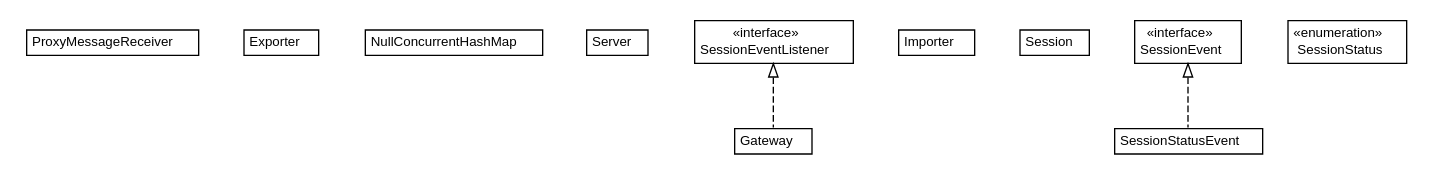
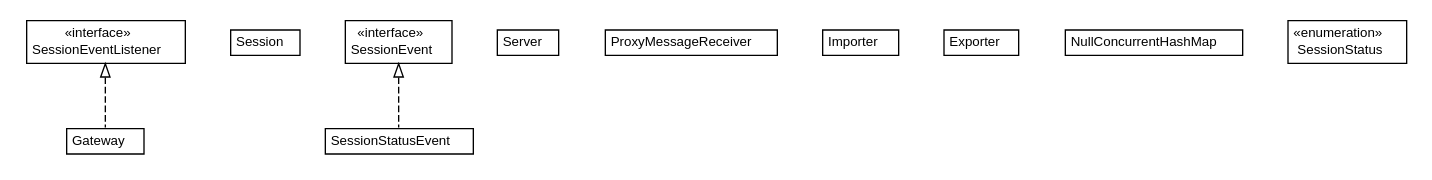
One commit to universAAL/remote changed the diagram in ri.pom/apidocs/org/universAAL/ri/gateway/org.universAAL.ri.gateway.dot. Above: the diagram before and after it, drawn with Graphviz. The commit also changed 1156 other files, not shown here.

```diff
--- a/ri.pom/apidocs/org/universAAL/ri/gateway/org.universAAL.ri.gateway.dot
+++ b/ri.pom/apidocs/org/universAAL/ri/gateway/org.universAAL.ri.gateway.dot
@@ -1,85 +1,85 @@
 #!/usr/local/bin/dot
 #
 # Class diagram 
 # Generated by UMLGraph version R5_6-24-gf6e263 (http://www.umlgraph.org/)
 #
 
 digraph G {
 	edge [fontname="Helvetica",fontsize=10,labelfontname="Helvetica",labelfontsize=10];
 	node [fontname="Helvetica",fontsize=10,shape=plaintext];
 	nodesep=0.25;
 	ranksep=0.5;
-	// org.universAAL.ri.gateway.ProxyMessageReceiver
-	c1582 [label=<<table title="org.universAAL.ri.gateway.ProxyMessageReceiver" border="0" cellborder="1" cellspacing="0" cellpadding="2" port="p" href="./ProxyMessageReceiver.html">
-		<tr><td><table border="0" cellspacing="0" cellpadding="1">
-<tr><td align="center" balign="center"> ProxyMessageReceiver </td></tr>
-		</table></td></tr>
-		</table>>, URL="./ProxyMessageReceiver.html", fontname="Helvetica", fontcolor="black", fontsize=10.0];
-	// org.universAAL.ri.gateway.Exporter
-	c1583 [label=<<table title="org.universAAL.ri.gateway.Exporter" border="0" cellborder="1" cellspacing="0" cellpadding="2" port="p" href="./Exporter.html">
-		<tr><td><table border="0" cellspacing="0" cellpadding="1">
-<tr><td align="center" balign="center"> Exporter </td></tr>
-		</table></td></tr>
-		</table>>, URL="./Exporter.html", fontname="Helvetica", fontcolor="black", fontsize=10.0];
-	// org.universAAL.ri.gateway.Exporter.NullConcurrentHashMap
-	c1584 [label=<<table title="org.universAAL.ri.gateway.Exporter.NullConcurrentHashMap" border="0" cellborder="1" cellspacing="0" cellpadding="2" port="p" href="./Exporter.NullConcurrentHashMap.html">
-		<tr><td><table border="0" cellspacing="0" cellpadding="1">
-<tr><td align="center" balign="center"> NullConcurrentHashMap </td></tr>
-		</table></td></tr>
-		</table>>, URL="./Exporter.NullConcurrentHashMap.html", fontname="Helvetica", fontcolor="black", fontsize=10.0];
-	// org.universAAL.ri.gateway.Server
-	c1585 [label=<<table title="org.universAAL.ri.gateway.Server" border="0" cellborder="1" cellspacing="0" cellpadding="2" port="p" href="./Server.html">
-		<tr><td><table border="0" cellspacing="0" cellpadding="1">
-<tr><td align="center" balign="center"> Server </td></tr>
-		</table></td></tr>
-		</table>>, URL="./Server.html", fontname="Helvetica", fontcolor="black", fontsize=10.0];
-	// org.universAAL.ri.gateway.Gateway
-	c1586 [label=<<table title="org.universAAL.ri.gateway.Gateway" border="0" cellborder="1" cellspacing="0" cellpadding="2" port="p" href="./Gateway.html">
-		<tr><td><table border="0" cellspacing="0" cellpadding="1">
-<tr><td align="center" balign="center"> Gateway </td></tr>
-		</table></td></tr>
-		</table>>, URL="./Gateway.html", fontname="Helvetica", fontcolor="black", fontsize=10.0];
 	// org.universAAL.ri.gateway.SessionEventListener
-	c1587 [label=<<table title="org.universAAL.ri.gateway.SessionEventListener" border="0" cellborder="1" cellspacing="0" cellpadding="2" port="p" href="./SessionEventListener.html">
+	c1582 [label=<<table title="org.universAAL.ri.gateway.SessionEventListener" border="0" cellborder="1" cellspacing="0" cellpadding="2" port="p" href="./SessionEventListener.html">
 		<tr><td><table border="0" cellspacing="0" cellpadding="1">
 <tr><td align="center" balign="center"> &#171;interface&#187; </td></tr>
 <tr><td align="center" balign="center"> SessionEventListener </td></tr>
 		</table></td></tr>
 		</table>>, URL="./SessionEventListener.html", fontname="Helvetica", fontcolor="black", fontsize=10.0];
+	// org.universAAL.ri.gateway.Session
+	c1583 [label=<<table title="org.universAAL.ri.gateway.Session" border="0" cellborder="1" cellspacing="0" cellpadding="2" port="p" href="./Session.html">
+		<tr><td><table border="0" cellspacing="0" cellpadding="1">
+<tr><td align="center" balign="center"> Session </td></tr>
+		</table></td></tr>
+		</table>>, URL="./Session.html", fontname="Helvetica", fontcolor="black", fontsize=10.0];
+	// org.universAAL.ri.gateway.Session.SessionStatusEvent
+	c1584 [label=<<table title="org.universAAL.ri.gateway.Session.SessionStatusEvent" border="0" cellborder="1" cellspacing="0" cellpadding="2" port="p" href="./Session.SessionStatusEvent.html">
+		<tr><td><table border="0" cellspacing="0" cellpadding="1">
+<tr><td align="center" balign="center"> SessionStatusEvent </td></tr>
+		</table></td></tr>
+		</table>>, URL="./Session.SessionStatusEvent.html", fontname="Helvetica", fontcolor="black", fontsize=10.0];
+	// org.universAAL.ri.gateway.Gateway
+	c1585 [label=<<table title="org.universAAL.ri.gateway.Gateway" border="0" cellborder="1" cellspacing="0" cellpadding="2" port="p" href="./Gateway.html">
+		<tr><td><table border="0" cellspacing="0" cellpadding="1">
+<tr><td align="center" balign="center"> Gateway </td></tr>
+		</table></td></tr>
+		</table>>, URL="./Gateway.html", fontname="Helvetica", fontcolor="black", fontsize=10.0];
+	// org.universAAL.ri.gateway.Server
+	c1586 [label=<<table title="org.universAAL.ri.gateway.Server" border="0" cellborder="1" cellspacing="0" cellpadding="2" port="p" href="./Server.html">
+		<tr><td><table border="0" cellspacing="0" cellpadding="1">
+<tr><td align="center" balign="center"> Server </td></tr>
+		</table></td></tr>
+		</table>>, URL="./Server.html", fontname="Helvetica", fontcolor="black", fontsize=10.0];
+	// org.universAAL.ri.gateway.ProxyMessageReceiver
+	c1587 [label=<<table title="org.universAAL.ri.gateway.ProxyMessageReceiver" border="0" cellborder="1" cellspacing="0" cellpadding="2" port="p" href="./ProxyMessageReceiver.html">
+		<tr><td><table border="0" cellspacing="0" cellpadding="1">
+<tr><td align="center" balign="center"> ProxyMessageReceiver </td></tr>
+		</table></td></tr>
+		</table>>, URL="./ProxyMessageReceiver.html", fontname="Helvetica", fontcolor="black", fontsize=10.0];
 	// org.universAAL.ri.gateway.Importer
 	c1588 [label=<<table title="org.universAAL.ri.gateway.Importer" border="0" cellborder="1" cellspacing="0" cellpadding="2" port="p" href="./Importer.html">
 		<tr><td><table border="0" cellspacing="0" cellpadding="1">
 <tr><td align="center" balign="center"> Importer </td></tr>
 		</table></td></tr>
 		</table>>, URL="./Importer.html", fontname="Helvetica", fontcolor="black", fontsize=10.0];
-	// org.universAAL.ri.gateway.Session
-	c1589 [label=<<table title="org.universAAL.ri.gateway.Session" border="0" cellborder="1" cellspacing="0" cellpadding="2" port="p" href="./Session.html">
+	// org.universAAL.ri.gateway.Exporter
+	c1589 [label=<<table title="org.universAAL.ri.gateway.Exporter" border="0" cellborder="1" cellspacing="0" cellpadding="2" port="p" href="./Exporter.html">
 		<tr><td><table border="0" cellspacing="0" cellpadding="1">
-<tr><td align="center" balign="center"> Session </td></tr>
+<tr><td align="center" balign="center"> Exporter </td></tr>
 		</table></td></tr>
-		</table>>, URL="./Session.html", fontname="Helvetica", fontcolor="black", fontsize=10.0];
-	// org.universAAL.ri.gateway.Session.SessionStatusEvent
-	c1590 [label=<<table title="org.universAAL.ri.gateway.Session.SessionStatusEvent" border="0" cellborder="1" cellspacing="0" cellpadding="2" port="p" href="./Session.SessionStatusEvent.html">
+		</table>>, URL="./Exporter.html", fontname="Helvetica", fontcolor="black", fontsize=10.0];
+	// org.universAAL.ri.gateway.Exporter.NullConcurrentHashMap
+	c1590 [label=<<table title="org.universAAL.ri.gateway.Exporter.NullConcurrentHashMap" border="0" cellborder="1" cellspacing="0" cellpadding="2" port="p" href="./Exporter.NullConcurrentHashMap.html">
 		<tr><td><table border="0" cellspacing="0" cellpadding="1">
-<tr><td align="center" balign="center"> SessionStatusEvent </td></tr>
+<tr><td align="center" balign="center"> NullConcurrentHashMap </td></tr>
 		</table></td></tr>
-		</table>>, URL="./Session.SessionStatusEvent.html", fontname="Helvetica", fontcolor="black", fontsize=10.0];
+		</table>>, URL="./Exporter.NullConcurrentHashMap.html", fontname="Helvetica", fontcolor="black", fontsize=10.0];
 	// org.universAAL.ri.gateway.SessionEvent
 	c1591 [label=<<table title="org.universAAL.ri.gateway.SessionEvent" border="0" cellborder="1" cellspacing="0" cellpadding="2" port="p" href="./SessionEvent.html">
 		<tr><td><table border="0" cellspacing="0" cellpadding="1">
 <tr><td align="center" balign="center"> &#171;interface&#187; </td></tr>
 <tr><td align="center" balign="center"> SessionEvent </td></tr>
 		</table></td></tr>
 		</table>>, URL="./SessionEvent.html", fontname="Helvetica", fontcolor="black", fontsize=10.0];
 	// org.universAAL.ri.gateway.SessionEvent.SessionStatus
 	c1592 [label=<<table title="org.universAAL.ri.gateway.SessionEvent.SessionStatus" border="0" cellborder="1" cellspacing="0" cellpadding="2" port="p" href="./SessionEvent.SessionStatus.html">
 		<tr><td><table border="0" cellspacing="0" cellpadding="1">
 <tr><td align="center" balign="center"> &#171;enumeration&#187; </td></tr>
 <tr><td align="center" balign="center"> SessionStatus </td></tr>
 		</table></td></tr>
 		</table>>, URL="./SessionEvent.SessionStatus.html", fontname="Helvetica", fontcolor="black", fontsize=10.0];
+	//org.universAAL.ri.gateway.Session.SessionStatusEvent implements org.universAAL.ri.gateway.SessionEvent
+	c1591:p -> c1584:p [dir=back,arrowtail=empty,style=dashed];
 	//org.universAAL.ri.gateway.Gateway implements org.universAAL.ri.gateway.SessionEventListener
-	c1587:p -> c1586:p [dir=back,arrowtail=empty,style=dashed];
-	//org.universAAL.ri.gateway.Session.SessionStatusEvent implements org.universAAL.ri.gateway.SessionEvent
-	c1591:p -> c1590:p [dir=back,arrowtail=empty,style=dashed];
+	c1582:p -> c1585:p [dir=back,arrowtail=empty,style=dashed];
 }
```
